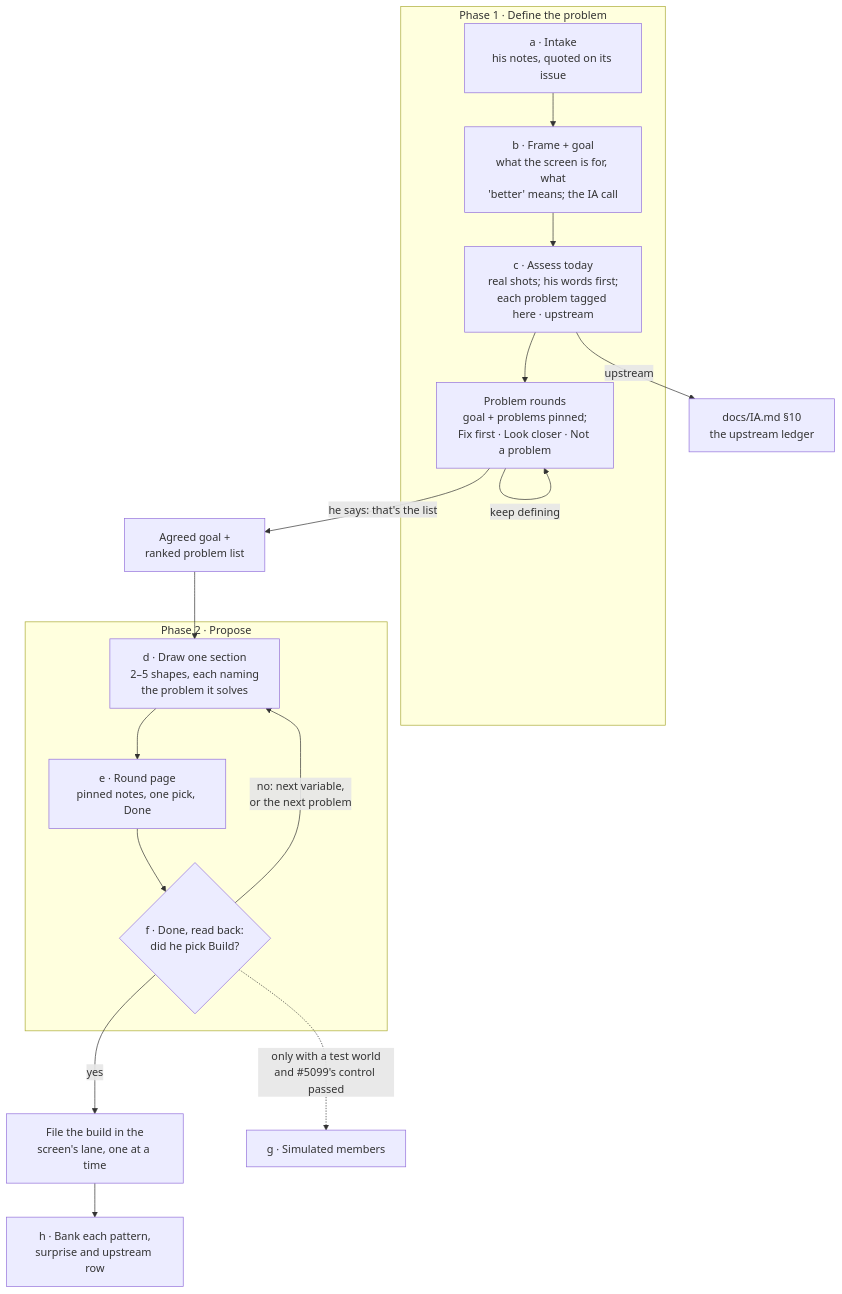
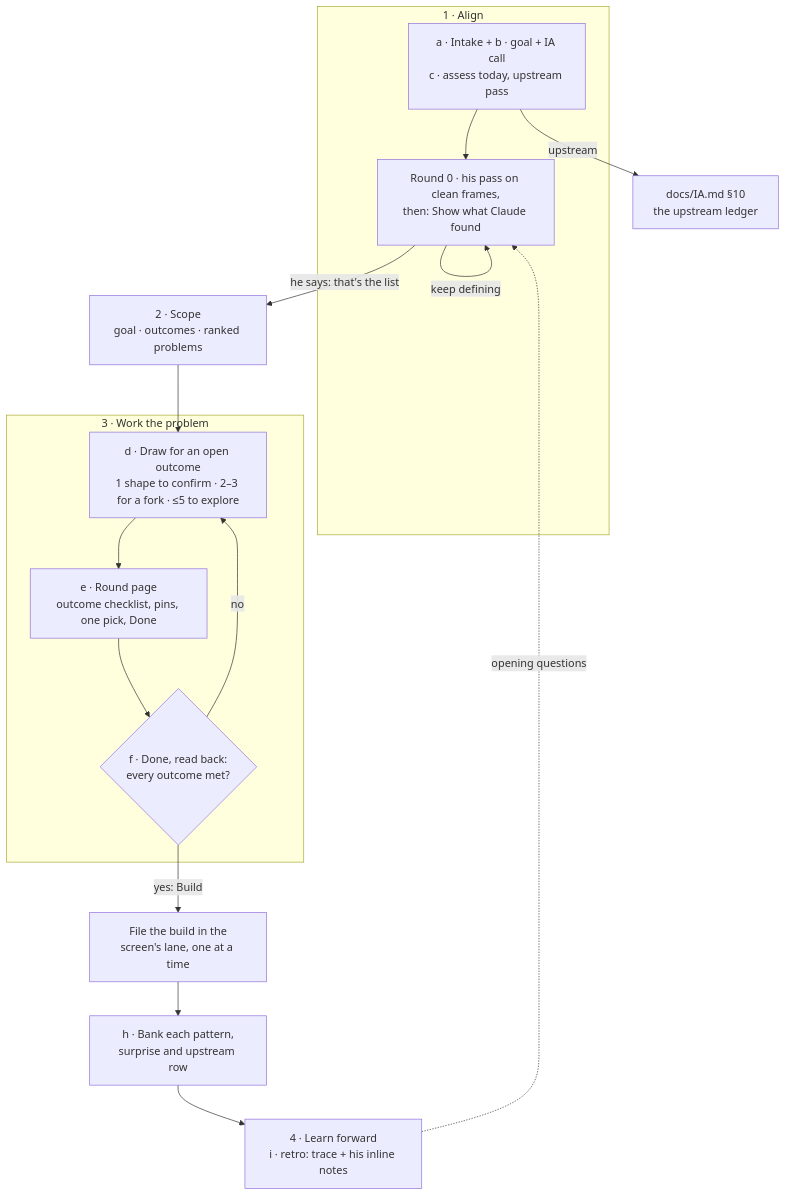
Before and after one commit to ejclark/skynet-capital: the diagram in docs/process/REDESIGN.md, drawn with Mermaid. The commit also changed other lines of this file and 4 other files, not shown here.

First line of the commit message:
docs(redesign): align, scope, work the problem, learn forward

````diff
--- a/docs/process/REDESIGN.md
+++ b/docs/process/REDESIGN.md
@@ -17,20 +27,20 @@
 ```mermaid
 flowchart TD
-  subgraph P1["Phase 1 · Define the problem"]
-    A["a · Intake<br/>his notes, quoted on its issue"] --> B["b · Frame + goal<br/>what the screen is for, what<br/>'better' means; the IA call"]
-    B --> C["c · Assess today<br/>real shots; his words first;<br/>each problem tagged here · upstream"]
-    C --> R["Problem rounds<br/>goal + problems pinned;<br/>Fix first · Look closer · Not a problem"]
+  subgraph S1["1 · Align"]
+    A["a · Intake + b · goal + IA call<br/>c · assess today, upstream pass"] --> R["Round 0 · his pass on clean frames,<br/>then: Show what Claude found"]
     R -->|"keep defining"| R
   end
-  C -->|"upstream"| U["docs/IA.md §10<br/>the upstream ledger"]
-  R -->|"he says: that's the list"| L["Agreed goal +<br/>ranked problem list"]
-  subgraph P2["Phase 2 · Propose"]
-    D["d · Draw one section<br/>2–5 shapes, each naming<br/>the problem it solves"] --> E["e · Round page<br/>pinned notes, one pick, Done"]
-    E --> F{"f · Done, read back:<br/>did he pick Build?"}
-    F -->|"no: next variable,<br/>or the next problem"| D
+  C2["docs/IA.md §10<br/>the upstream ledger"]
+  A -->|"upstream"| C2
+  R -->|"he says: that's the list"| L["2 · Scope<br/>goal · outcomes · ranked problems"]
+  subgraph S3["3 · Work the problem"]
+    D["d · Draw for an open outcome<br/>1 shape to confirm · 2–3 for a fork · ≤5 to explore"] --> E["e · Round page<br/>outcome checklist, pins, one pick, Done"]
+    E --> F{"f · Done, read back:<br/>every outcome met?"}
+    F -->|"no"| D
   end
   L --> D
-  F -->|"yes"| G["File the build in the<br/>screen's lane, one at a time"]
-  F -.->|"only with a test world<br/>and #5099's control passed"| T["g · Simulated members"]
+  F -->|"yes: Build"| G["File the build in the<br/>screen's lane, one at a time"]
   G --> H["h · Bank each pattern,<br/>surprise and upstream row"]
+  H --> I["4 · Learn forward<br/>i · retro: trace + his inline notes"]
+  I -.->|"opening questions"| R
 ```
````
